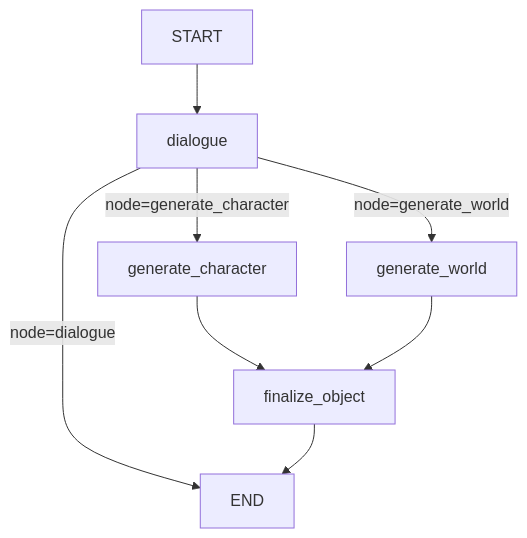
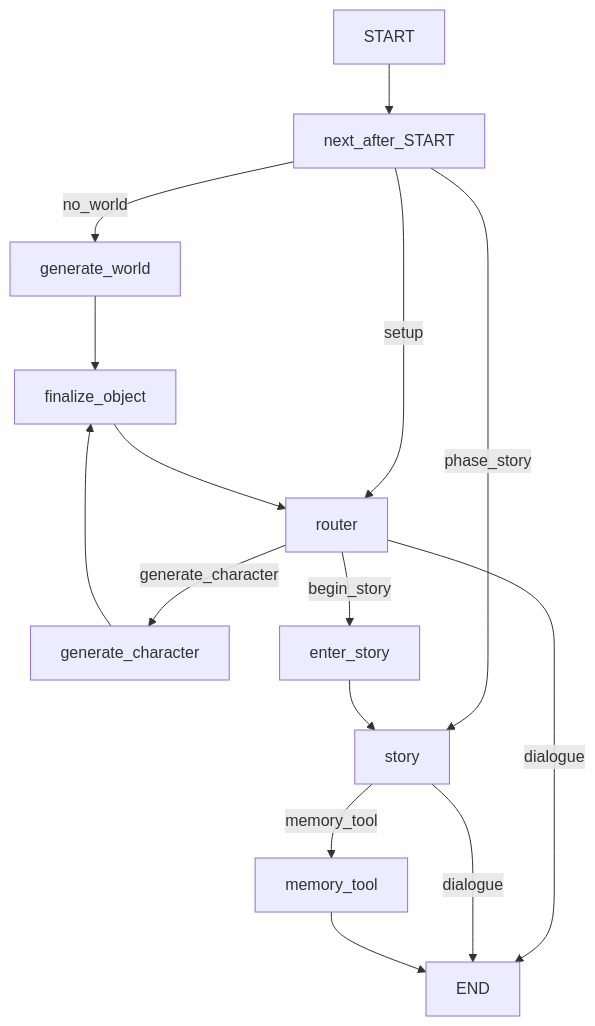
Before and after one commit to mary-el/storyteLLer: the first of 2 diagrams in README.md, drawn with Mermaid. The commit also changed other lines of this file and 8 other files, not shown here.

````diff
--- a/README.md
+++ b/README.md
@@ -16,10 +24,17 @@
 ```mermaid
 flowchart TD
-    START --> dialogue
-    dialogue -->|node=generate_character| generate_character
-    dialogue -->|node=generate_world| generate_world
-    dialogue -->|node=dialogue| END
-    generate_character --> finalize_object
-    generate_world --> finalize_object
-    finalize_object --> END
+  START --> nextStart[next_after_START]
+  nextStart -->|no_world| generate_world
+  nextStart -->|setup| router
+  nextStart -->|phase_story| story
+  generate_world --> finalize_object
+  generate_character --> finalize_object
+  finalize_object --> router
+  router -->|generate_character| generate_character
+  router -->|begin_story| enter_story
+  router -->|dialogue| END
+  enter_story --> story
+  story -->|memory_tool| memory_tool
+  story -->|dialogue| END
+  memory_tool --> END
 ```
````
